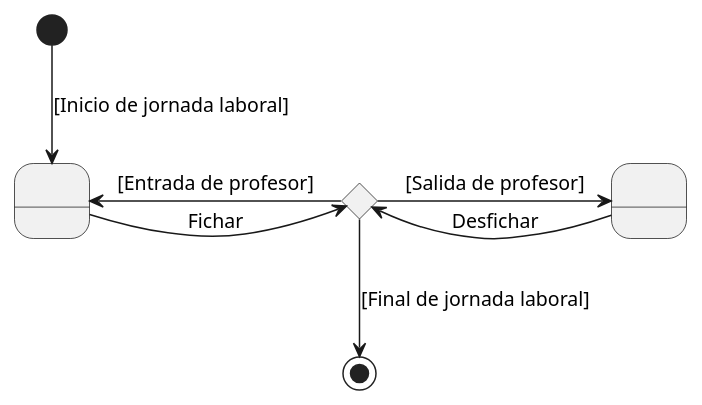
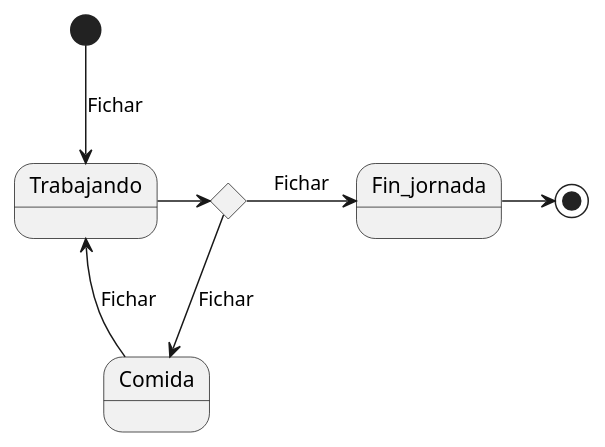
The diagram in modelosUML/diagramaEstados.puml (mmasias/23-24-IdSw1-SDR), drawn with PlantUML before and after one commit.

```diff
--- a/modelosUML/diagramaEstados.puml
+++ b/modelosUML/diagramaEstados.puml
@@ -1,21 +1,21 @@
 @startuml
+state Trabajando
+state Comida
+state Fin_jornada
 
-state Fichar as " "
-state NoFichar as " "
-
-[*] --> Fichar : [Inicio de jornada laboral]
+[*] -->  Trabajando : Fichar
 
 
-state Turno <<choice>>
+state Decision <<choice>>
 
-Fichar -r-> Turno : Fichar
+Trabajando -r-> Decision 
 
-Turno -r-> NoFichar : [Salida de profesor]
+Decision -d-> Comida : Fichar
 
-NoFichar -l-> Turno : Desfichar
+Decision -r-> Fin_jornada : Fichar
 
-Turno -l-> Fichar : [Entrada de profesor]
+Fin_jornada -r-> [*]
 
-Turno -d-> [*] : [Final de jornada laboral]
+Comida -r-> Trabajando : Fichar
 
 @enduml
```
